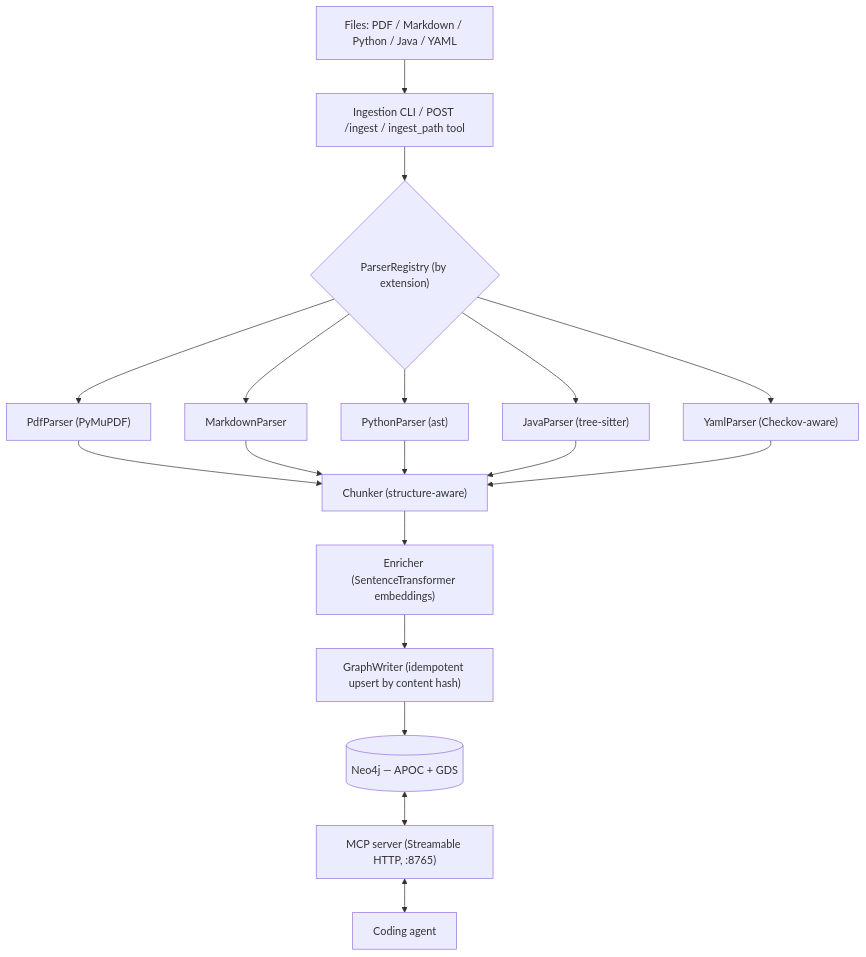
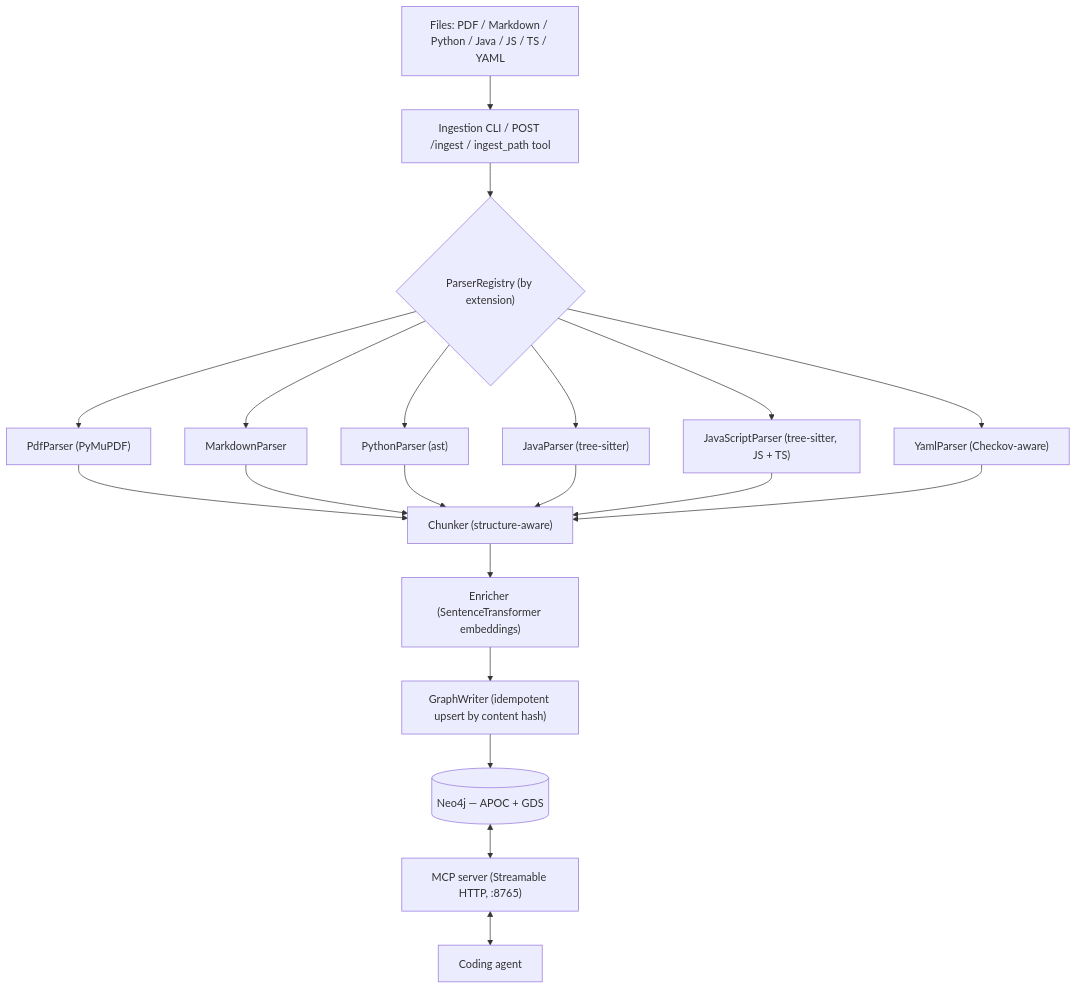
The diagram in docs/ARCHITECTURE.md (tmustafiz/graph-rag), drawn with Mermaid before and after one commit. The commit also changed other lines of this file and 14 other files, not shown here.

````diff
--- a/docs/ARCHITECTURE.md
+++ b/docs/ARCHITECTURE.md
@@ -14,20 +14,22 @@
 ```mermaid
 flowchart TD
-    A["Files: PDF / Markdown / Python / Java / YAML"] --> B["Ingestion CLI / POST /ingest / ingest_path tool"]
+    A["Files: PDF / Markdown / Python / Java / JS / TS / YAML"] --> B["Ingestion CLI / POST /ingest / ingest_path tool"]
     B --> C{"ParserRegistry (by extension)"}
     C --> C1["PdfParser (PyMuPDF)"]
     C --> C2["MarkdownParser"]
     C --> C3["PythonParser (ast)"]
     C --> C4["JavaParser (tree-sitter)"]
-    C --> C5["YamlParser (Checkov-aware)"]
+    C --> C5["JavaScriptParser (tree-sitter, JS + TS)"]
+    C --> C6["YamlParser (Checkov-aware)"]
     C1 --> D["Chunker (structure-aware)"]
     C2 --> D
     C3 --> D
     C4 --> D
     C5 --> D
+    C6 --> D
     D --> E["Enricher (SentenceTransformer embeddings)"]
     E --> F["GraphWriter (idempotent upsert by content hash)"]
     F --> G[("Neo4j — APOC + GDS")]
     G <--> H["MCP server (Streamable HTTP, :8765)"]
     H <--> I["Coding agent"]
 ```
````
